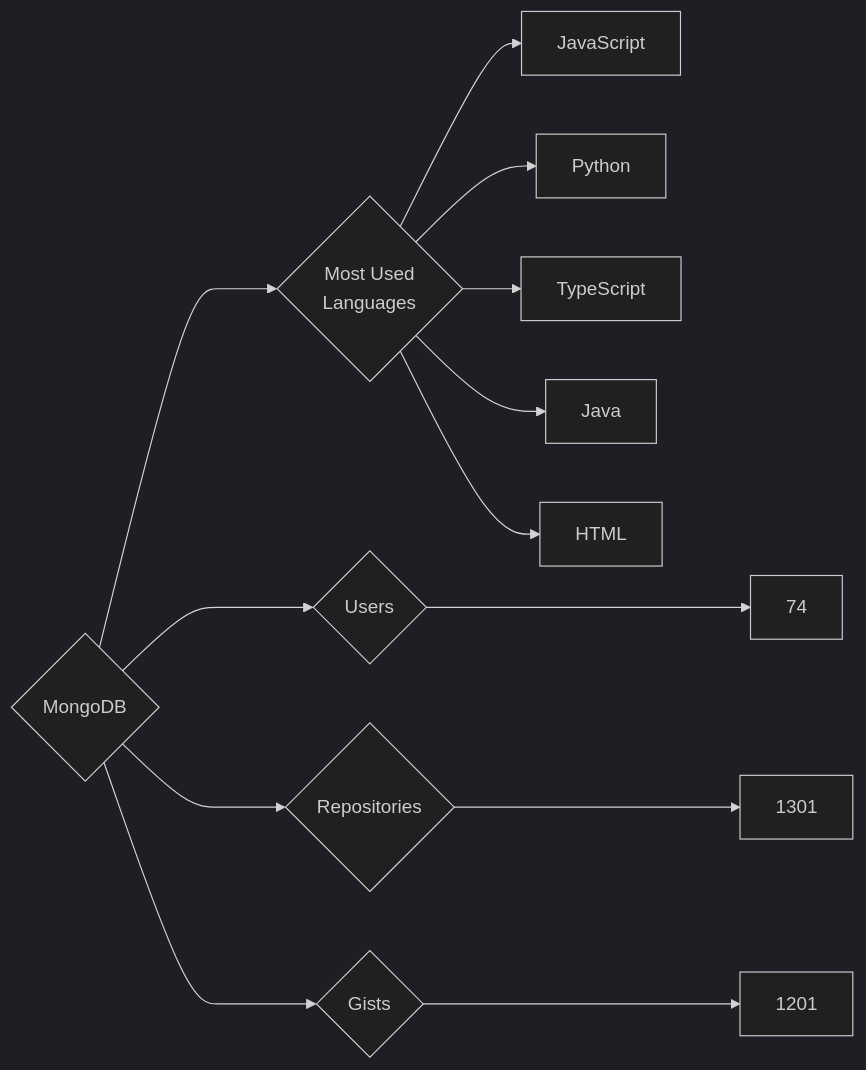
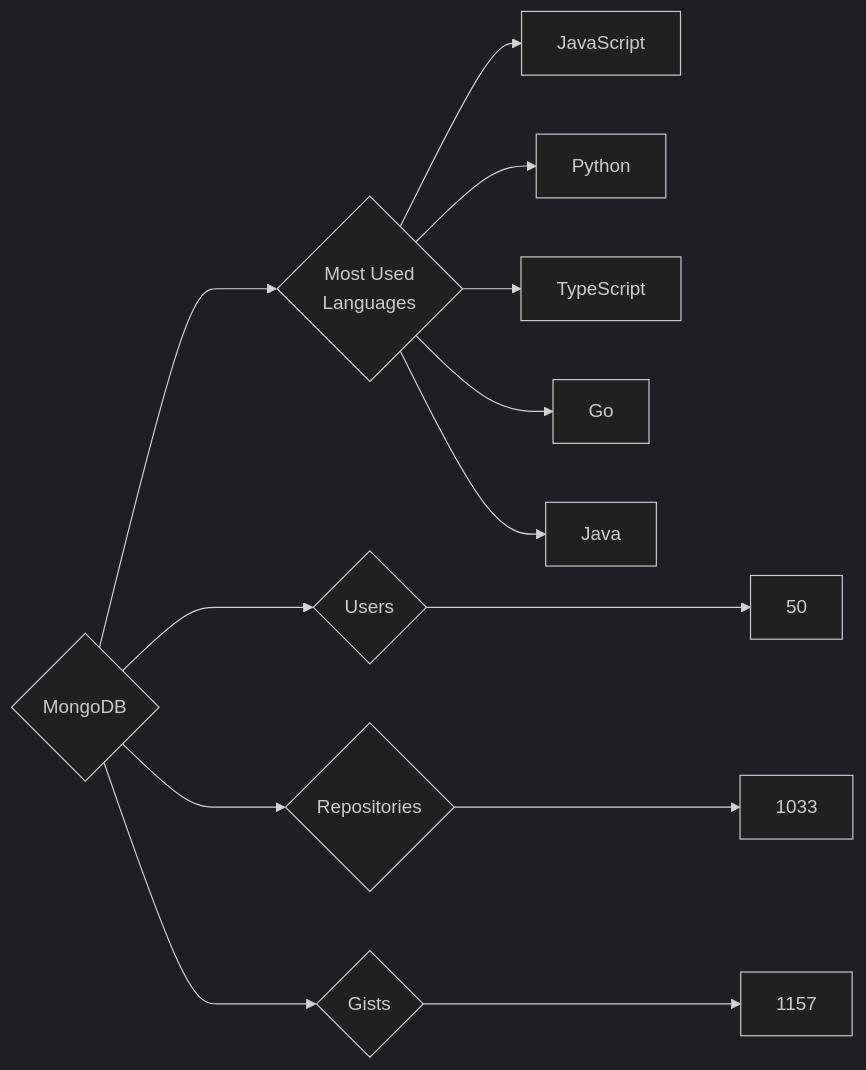
The diagram in targets/MongoDB/README.md (trickest/insiders), drawn with Mermaid (dark theme) before and after one commit. The commit also changed 1011 other files, not shown here.

````diff
--- a/targets/MongoDB/README.md
+++ b/targets/MongoDB/README.md
@@ -3,13 +3,13 @@
 ```mermaid
 graph LR
 COMPANY_NAME{MongoDB}
-COMPANY_NAME ---> U{Users} ---> UN[74]
-COMPANY_NAME ---> R{Repositories} ---> RN[1301]
-COMPANY_NAME ---> G{Gists} ---> GN[1201]
+COMPANY_NAME ---> U{Users} ---> UN[50]
+COMPANY_NAME ---> R{Repositories} ---> RN[1033]
+COMPANY_NAME ---> G{Gists} ---> GN[1157]
 COMPANY_NAME ---> ML{Most Used<br>Languages}
 ML --> JavaScript[JavaScript]
 ML --> Python[Python]
 ML --> TypeScript[TypeScript]
+ML --> Go[Go]
 ML --> Java[Java]
-ML --> HTML[HTML]
 ```
````
